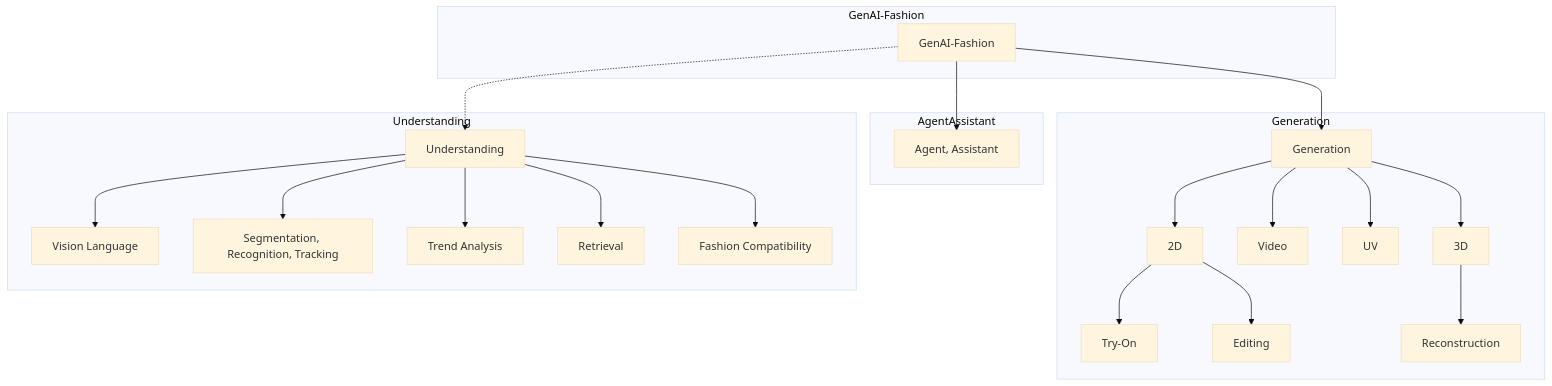
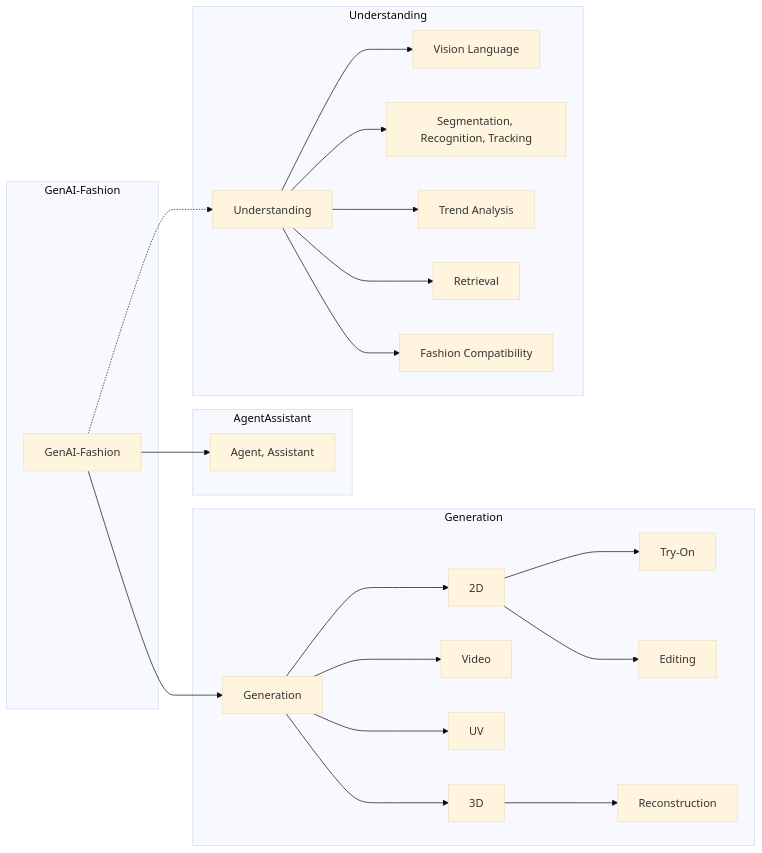
One commit to wendashi/Cool-GenAI-Fashion-Papers changed the diagram in README.md. Above: the diagram before and after it, drawn with Mermaid (base theme).

````diff
--- a/README.md
+++ b/README.md
@@ -30,32 +30,32 @@
 ```mermaid
-graph TB;
+graph LR;
 
 subgraph GenAI-Fashion
   gf1[GenAI-Fashion]
 end
 
 subgraph Generation
   gen1[Generation] --> gen2[2D] --> gen3[Try-On]
   gen2 --> gen4[Editing]
   gen1 --> gen5[Video]
   gen1 --> gen6[UV]
   gen1 --> gen7[3D] --> gen8[Reconstruction]
 end
 
 subgraph AgentAssistant
   aa1[Agent, Assistant]
 end
 
 subgraph Understanding
   u1[Understanding] --> u2[Vision Language]
   u1 --> u3[Segmentation, Recognition, Tracking]
   u1 --> u4[Trend Analysis]
   u1 --> u5[Retrieval]
   u1 --> u6[Fashion Compatibility]
 end
 
 gf1 --> gen1
 gf1 --> aa1
 gf1 -.-> u1
 
 ```
````
